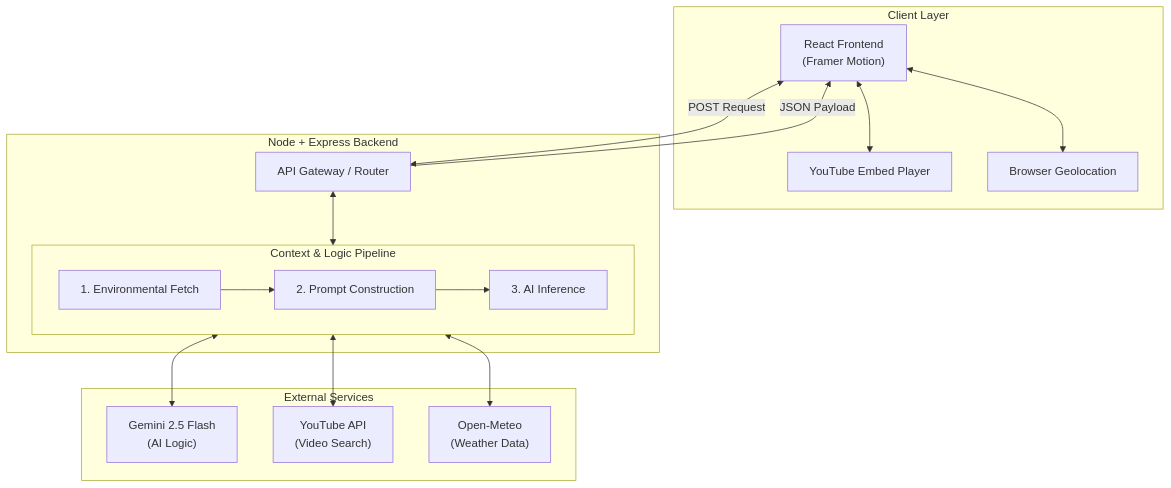
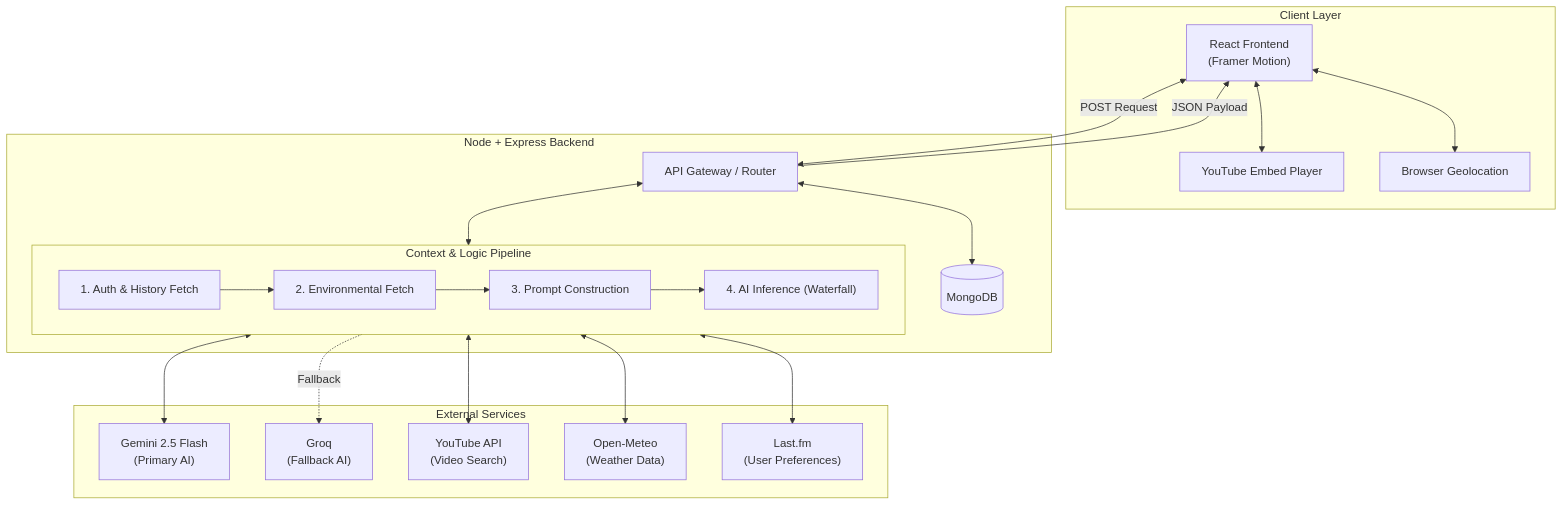
The diagram in README.md (JaleedAhmad/music-recommender), drawn with Mermaid before and after one commit. The commit also changed other lines of this file, not shown here.

Commit message:
docs: update README with recent architecture and features

````diff
--- a/README.md
+++ b/README.md
@@ -65,41 +66,48 @@
 ```mermaid
 graph TD
     %% Client Layer
     subgraph Client [Client Layer]
         A["React Frontend \n (Framer Motion)"]
         M["YouTube Embed Player"]
         Geo["Browser Geolocation"]
         A <--> M
         A <--> Geo
     end
 
     %% Cloud/API Layer
     subgraph Backend [Node + Express Backend]
         B["API Gateway / Router"]
+        DB[(MongoDB)]
         
         subgraph Pipeline [Context & Logic Pipeline]
-            C1["1. Environmental Fetch"]
-            C2["2. Prompt Construction"]
-            C3["3. AI Inference"]
-            C1 --> C2 --> C3
+            C1["1. Auth & History Fetch"]
+            C2["2. Environmental Fetch"]
+            C3["3. Prompt Construction"]
+            C4["4. AI Inference (Waterfall)"]
+            C1 --> C2 --> C3 --> C4
         end
         
         B <--> Pipeline
+        B <--> DB
     end
 
     %% Inference Layer
     subgraph Inference [External Services]
-        D["Gemini 2.5 Flash \n (AI Logic)"]
+        D["Gemini 2.5 Flash \n (Primary AI)"]
+        D2["Groq \n (Fallback AI)"]
         E["YouTube API \n (Video Search)"]
         F["Open-Meteo \n (Weather Data)"]
+        G["Last.fm \n (User Preferences)"]
     end
 
     %% Connections
     A <-->|POST Request| B
     
     Pipeline <--> D
+    Pipeline -.->|Fallback| D2
     Pipeline <--> E
     Pipeline <--> F
+    Pipeline <--> G
     
     B -->|JSON Payload| A
 ```
````
